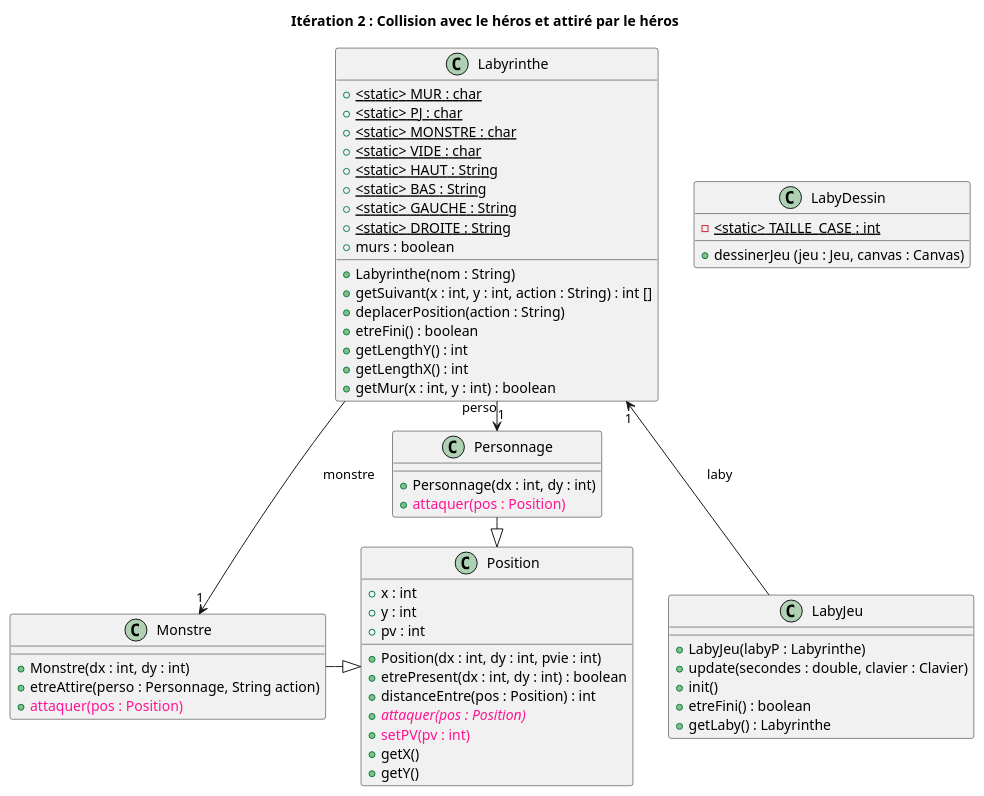
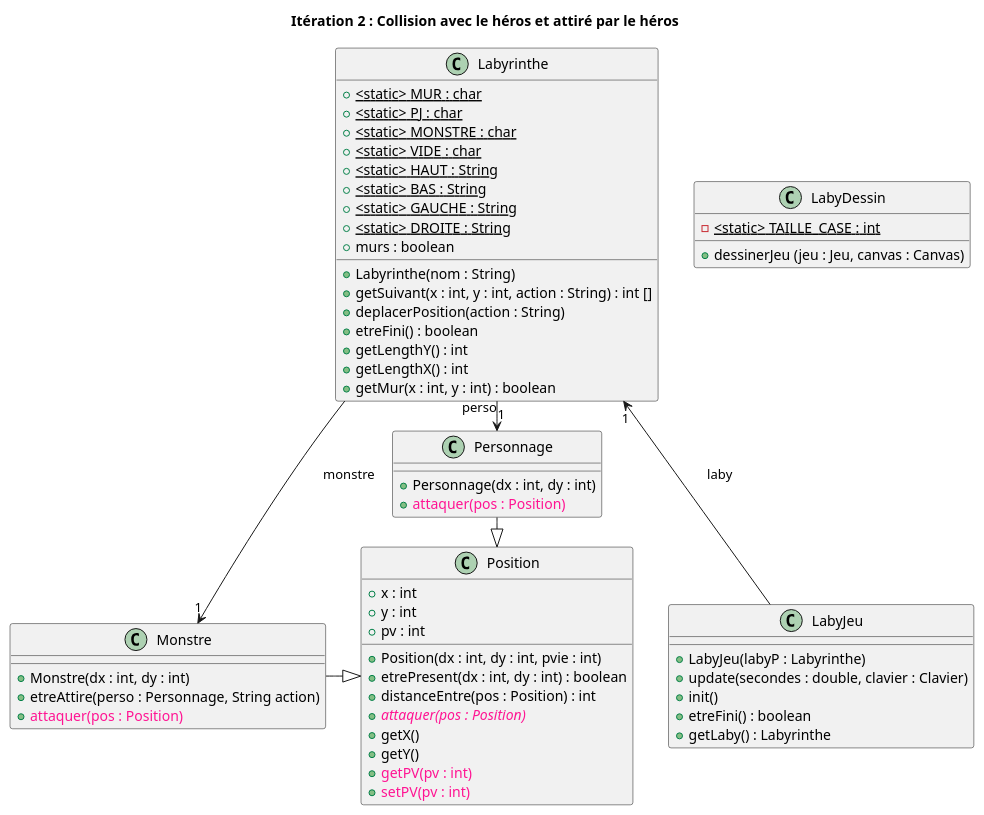
One commit to Hugo-COLLIN/BUT_INFO_S2_2022_Zeldiablo changed the diagram in racine_depot/documents/version_4/diagClass_iter3.puml. Above: the diagram before and after it, drawn with PlantUML.

Commit message:
Modif v4 getPV

```diff
--- a/racine_depot/documents/version_4/diagClass_iter3.puml
+++ b/racine_depot/documents/version_4/diagClass_iter3.puml
@@ -1,69 +1,70 @@
 @startuml
 title Itération 2 : Collision avec le héros et attiré par le héros
 
 class Labyrinthe {
     + <static> MUR : char {static}
     + <static> PJ : char {static}
     + <static> MONSTRE : char {static}
     + <static> VIDE : char {static}
     + <static> HAUT : String {static}
     + <static> BAS : String {static}
     + <static> GAUCHE : String {static}
     + <static> DROITE : String {static}
     + murs : boolean
 
     + Labyrinthe(nom : String)
     + getSuivant(x : int, y : int, action : String) : int []
     + deplacerPosition(action : String)
     + etreFini() : boolean
     + getLengthY() : int
     + getLengthX() : int
     + getMur(x : int, y : int) : boolean
 }
 
 class LabyJeu {
     + LabyJeu(labyP : Labyrinthe)
     + update(secondes : double, clavier : Clavier)
     + init()
     + etreFini() : boolean
     + getLaby() : Labyrinthe
 }
 
 class LabyDessin {
     - <static> TAILLE_CASE : int {static}
     + dessinerJeu (jeu : Jeu, canvas : Canvas)
 }
 
 class Position {
     + x : int
     + y : int
     + pv : int
 
     + Position(dx : int, dy : int, pvie : int)
     + etrePresent(dx : int, dy : int) : boolean
     + distanceEntre(pos : Position) : int
     {abstract} + <color:deeppink>attaquer(pos : Position)</color>
-    + <color:deeppink>setPV(pv : int)</color>
     + getX()
     + getY()
+    + <color:deeppink>getPV(pv : int)</color>
+    + <color:deeppink>setPV(pv : int)</color>
 }
 
 class Personnage {
     + Personnage(dx : int, dy : int)
     + <color:deeppink>attaquer(pos : Position)</color>
 }
 
 class Monstre {
     + Monstre(dx : int, dy : int)
     + etreAttire(perso : Personnage, String action)
     + <color:deeppink>attaquer(pos : Position)</color>
 }
 
 Labyrinthe --> Monstre : monstre "1"
 Labyrinthe -> Personnage : perso "1"
 Labyrinthe "1" <-- LabyJeu : laby
 
 Monstre -|> Position
 Personnage -|> Position
 
 @enduml
```
